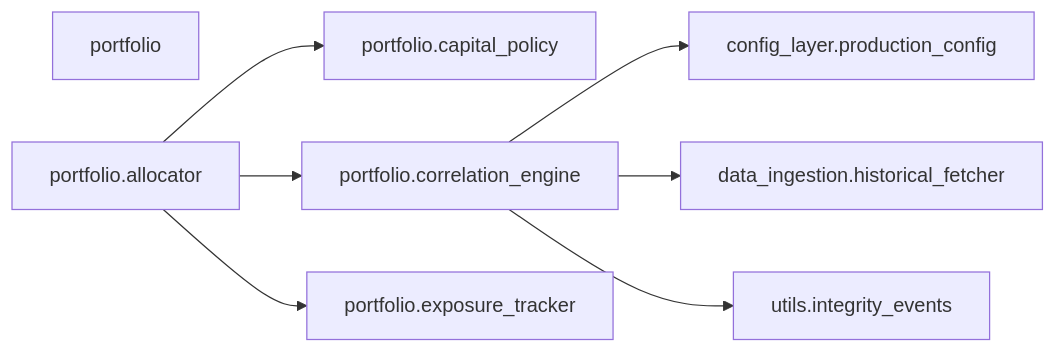
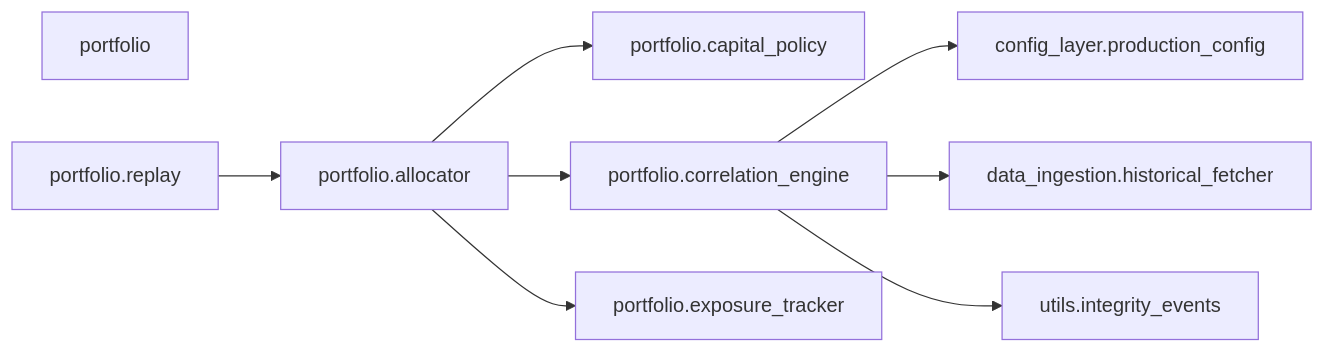
Before and after one commit to Chaithu1995-0312/TradeHlt: diagram 25 of 38 in docs/architecture/code-map.generated.md, drawn with Mermaid. The commit also changed other lines of this file and 159 other files, not shown here.

````diff
--- a/docs/architecture/code-map.generated.md
+++ b/docs/architecture/code-map.generated.md
@@ -871,17 +1131,19 @@
 ```mermaid
 flowchart LR
     portfolio["portfolio"]
     portfolio_allocator["portfolio.allocator"]
     portfolio_capital_policy["portfolio.capital_policy"]
     portfolio_correlation_engine["portfolio.correlation_engine"]
     portfolio_exposure_tracker["portfolio.exposure_tracker"]
+    portfolio_replay["portfolio.replay"]
     config_layer_production_config["config_layer.production_config"]
     data_ingestion_historical_fetcher["data_ingestion.historical_fetcher"]
     utils_integrity_events["utils.integrity_events"]
     portfolio_allocator --> portfolio_capital_policy
     portfolio_allocator --> portfolio_correlation_engine
     portfolio_allocator --> portfolio_exposure_tracker
     portfolio_correlation_engine --> config_layer_production_config
     portfolio_correlation_engine --> data_ingestion_historical_fetcher
     portfolio_correlation_engine --> utils_integrity_events
+    portfolio_replay --> portfolio_allocator
 ```
````
